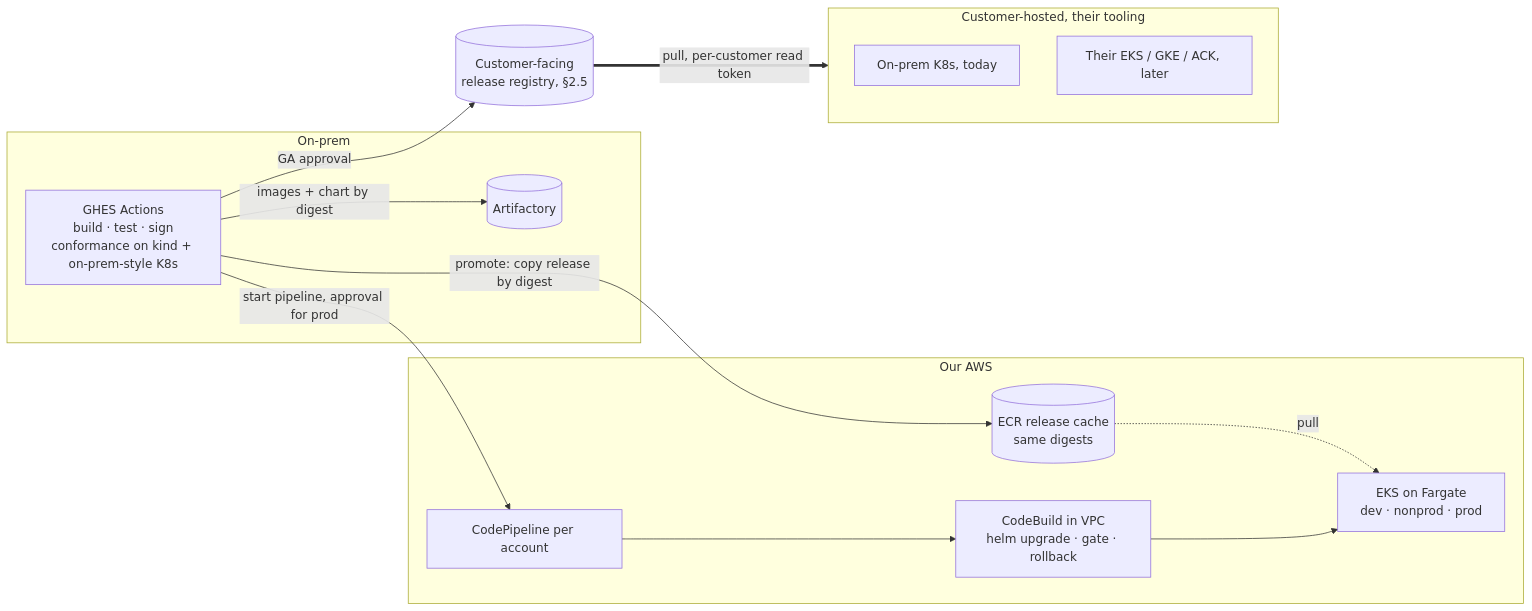
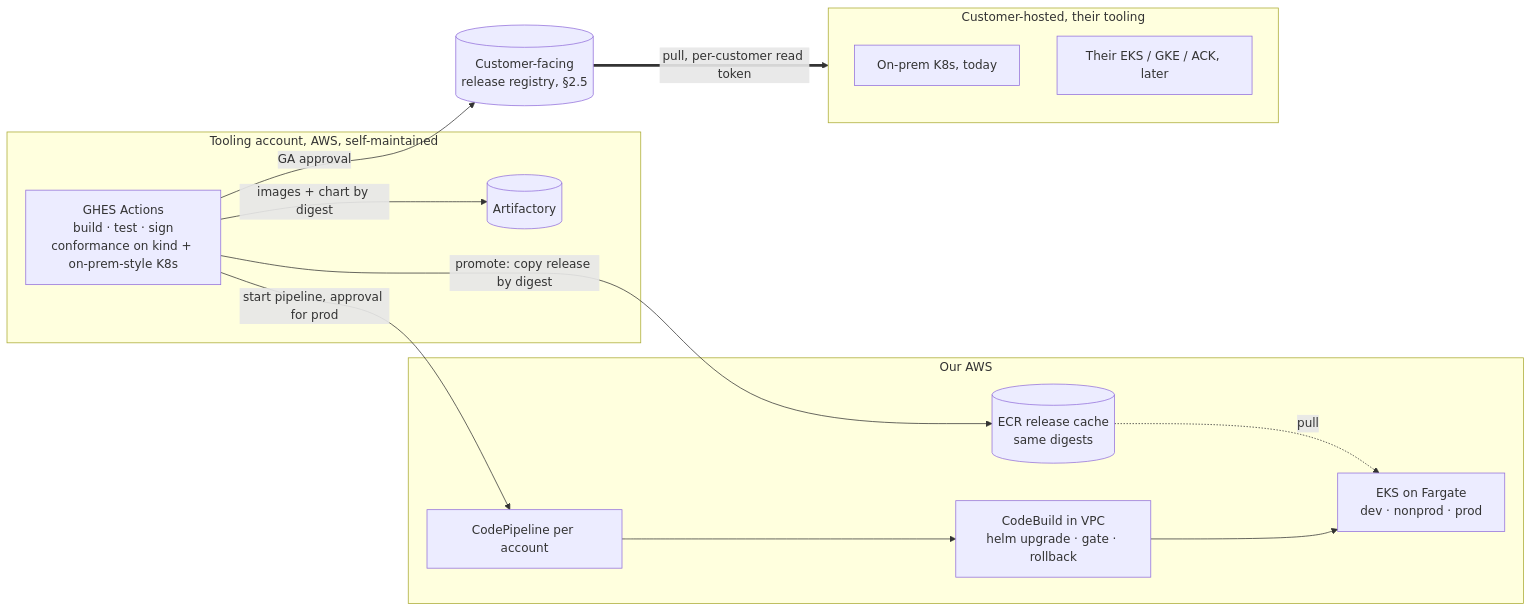
The first of 2 diagrams in PROPOSAL.md (sholtomaud/GHES-EKS-zero-downtime-deployments), drawn with Mermaid before and after one commit. The commit also changed other lines of this file and 1 other file, not shown here.

First line of the commit message:
Proposal v6: GHES and Artifactory are self-maintained in AWS

````diff
--- a/PROPOSAL.md
+++ b/PROPOSAL.md
@@ -60,20 +63,20 @@
 ```mermaid
 flowchart LR
-  subgraph onprem[On-prem]
+  subgraph tooling[Tooling account, AWS, self-maintained]
     ghes[GHES Actions<br/>build · test · sign<br/>conformance on kind + on-prem-style K8s] -->|images + chart by digest| art[(Artifactory)]
   end
   subgraph aws[Our AWS]
     ecr[(ECR release cache<br/>same digests)]
     cp[CodePipeline per account] --> cb[CodeBuild in VPC<br/>helm upgrade · gate · rollback]
     cb --> eks[EKS on Fargate<br/>dev · nonprod · prod]
     ecr -. pull .-> eks
   end
   ghes -->|promote: copy release by digest| ecr
   ghes -->|start pipeline, approval for prod| cp
   ghes -->|GA approval| pub[(Customer-facing<br/>release registry, §2.5)]
   pub ==>|pull, per-customer read token| cust
   subgraph cust[Customer-hosted, their tooling]
     c3[On-prem K8s, today]
     c1[Their EKS / GKE / ACK, later]
   end
 ```
````
